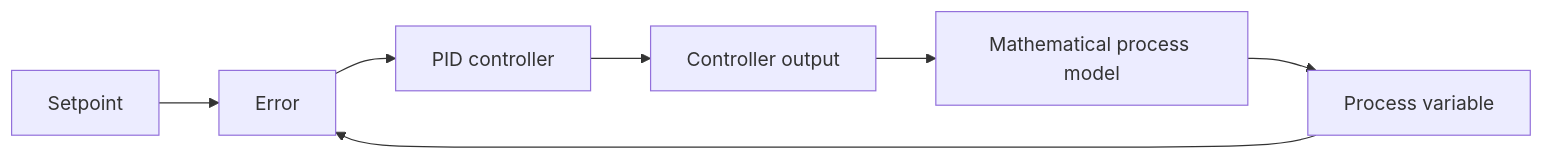
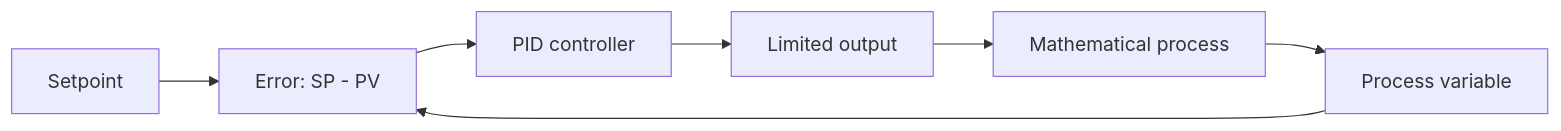
One commit to ArungIW2/PID-Controller-Python changed the first of 2 diagrams in README.md. Above: the diagram before and after it, drawn with Mermaid. The commit also changed other lines of this file and 14 other files, not shown here.

````diff
--- a/README.md
+++ b/README.md
@@ -41,9 +39,9 @@
 ```mermaid
 flowchart LR
-    SP[Setpoint] --> E[Error]
+    SP[Setpoint] --> E[Error: SP - PV]
     PV[Process variable] --> E
     E --> C[PID controller]
-    C --> U[Controller output]
-    U --> M[Mathematical process model]
+    C --> U[Limited output]
+    U --> M[Mathematical process]
     M --> PV
 ```
````
